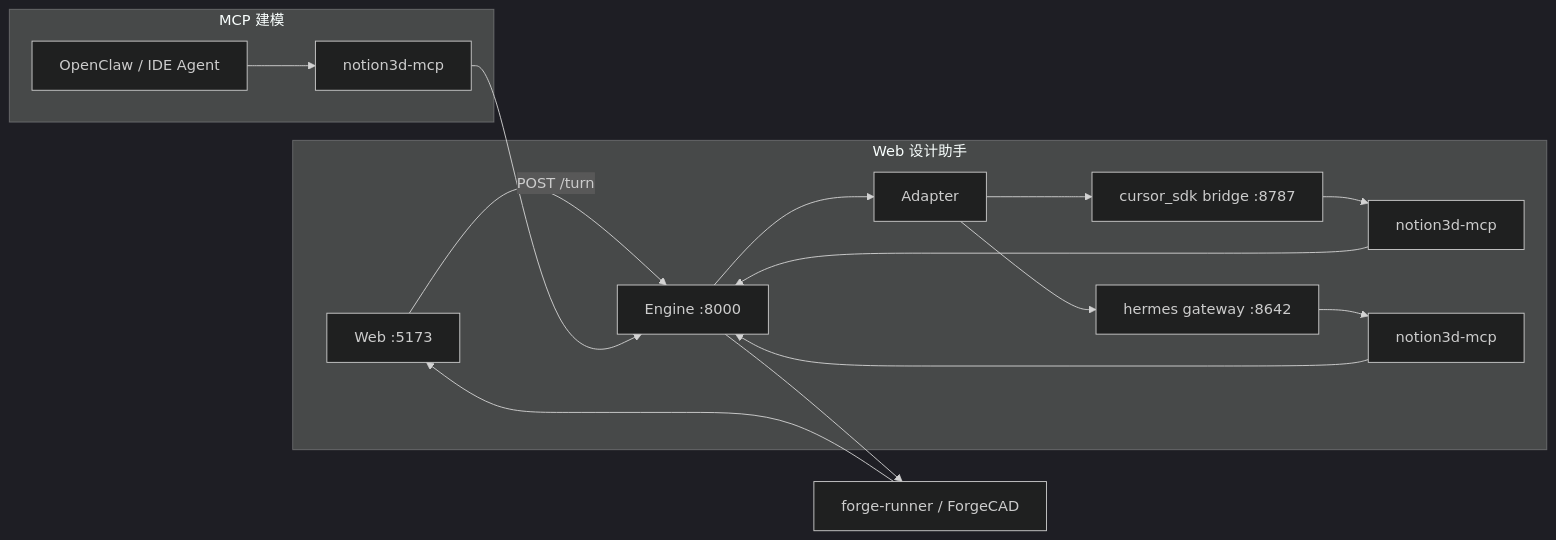
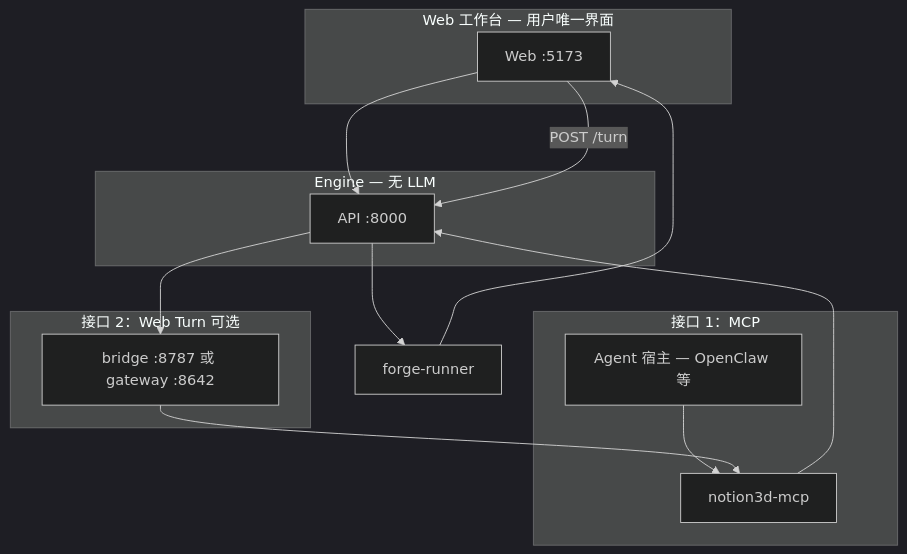
One commit to manwjh/Notion3D changed the diagram in docs/agents/README.md. Above: the diagram before and after it, drawn with Mermaid (dark theme). The commit also changed other lines of this file and 68 other files, not shown here.

First line of the commit message:
Refactor agent integration around WEB_TURN interfaces and invisible Web UI.

````diff
--- a/docs/agents/README.md
+++ b/docs/agents/README.md
@@ -7,19 +17,21 @@
 ```mermaid
-flowchart LR
-  subgraph web_chat [Web 设计助手]
-    W[Web :5173] -->|POST /turn| API[Engine :8000]
-    API --> Adp[Adapter]
-    Adp --> CS[cursor_sdk bridge :8787]
-    Adp --> HM[hermes gateway :8642]
-    CS --> MCP1[notion3d-mcp]
-    HM --> MCP2[notion3d-mcp]
+flowchart TB
+  subgraph web [Web 工作台 — 用户唯一界面]
+    W[Web :5173]
   end
-  subgraph mcp_path [MCP 建模]
-    OC[OpenClaw / IDE Agent] --> MCP3[notion3d-mcp]
-    MCP3 --> API
+  subgraph engine [Engine — 无 LLM]
+    API[API :8000]
   end
-  MCP1 --> API
-  MCP2 --> API
-  API --> FR[forge-runner / ForgeCAD]
+  subgraph mcp [接口 1：MCP]
+    MCP[notion3d-mcp]
+    HOST[Agent 宿主 — OpenClaw 等]
+  end
+  subgraph turn [接口 2：Web Turn 可选]
+    WT[bridge :8787 或 gateway :8642]
+  end
+  W --> API
+  HOST --> MCP --> API
+  W -->|POST /turn| API --> WT --> MCP
+  API --> FR[forge-runner]
   FR --> W
 ```
````
